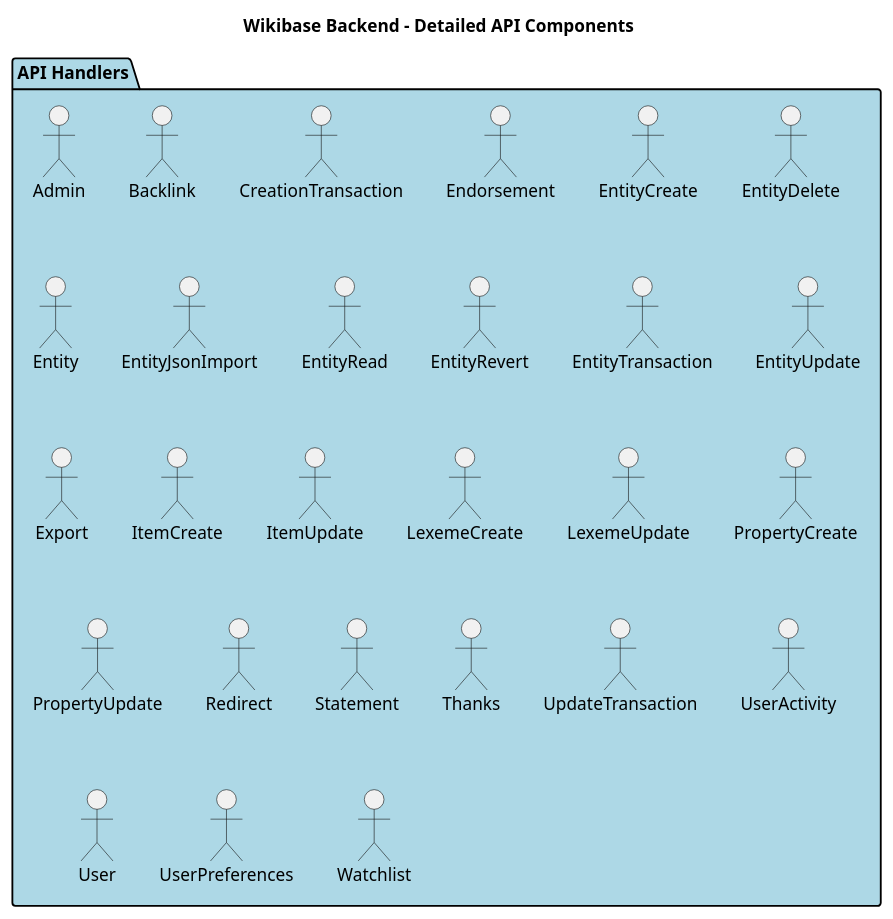
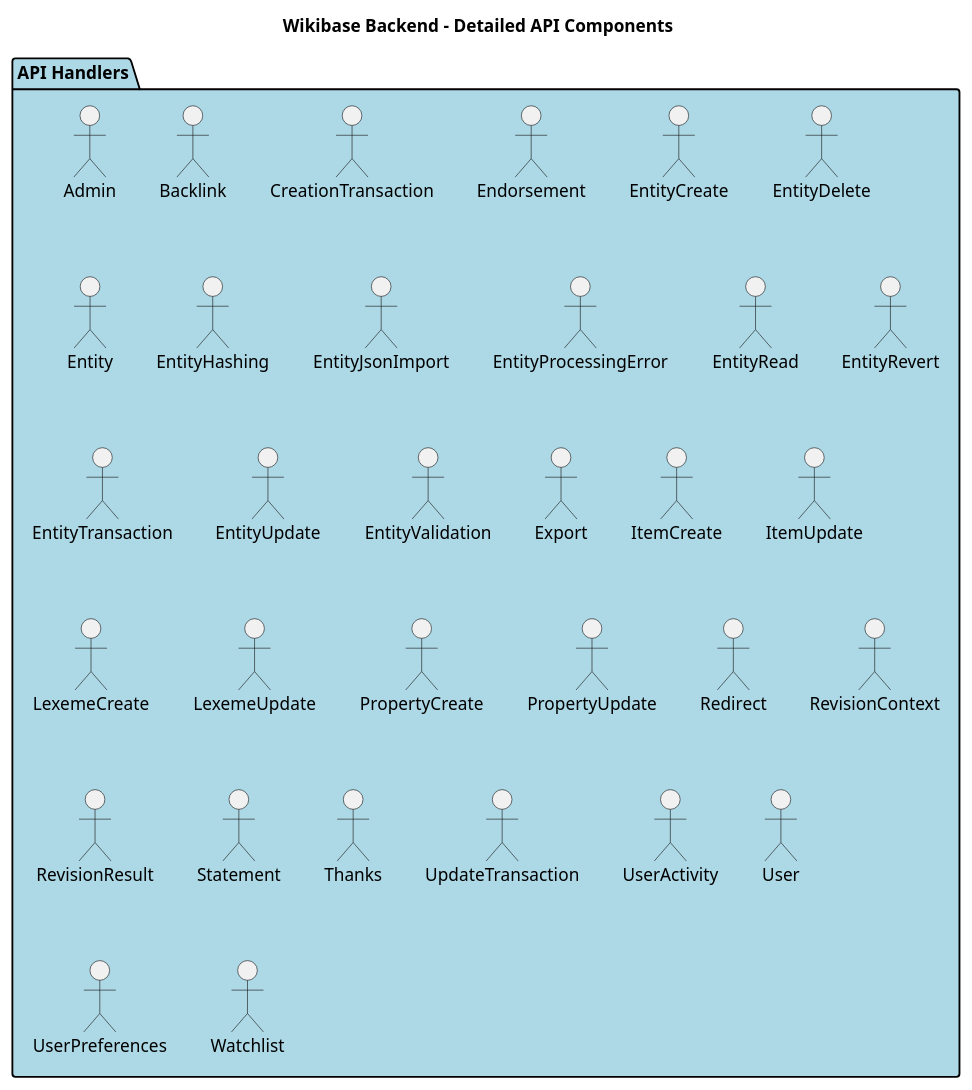
One commit to dpriskorn/entitybase-backend changed the diagram in doc/DIAGRAMS/detailed_api_components.puml. Above: the diagram before and after it, drawn with PlantUML. The commit also changed 15 other files, not shown here.

```diff
--- a/doc/DIAGRAMS/detailed_api_components.puml
+++ b/doc/DIAGRAMS/detailed_api_components.puml
@@ -1,37 +1,40 @@
 @startuml Detailed API Components
 
 title Wikibase Backend - Detailed API Components
 
 package "API Handlers" as APIHandlers #LightBlue {
     "Admin" as AdminHandler
     "Backlink" as BacklinkHandler
     "CreationTransaction" as CreationTransaction
     "Endorsement" as EndorsementHandler
     "EntityCreate" as EntityCreateHandler
-    "EntityCreate" as EntityCreateHandler
     "EntityDelete" as EntityDeleteHandler
     "Entity" as EntityHandler
+    "EntityHashing" as EntityHashingService
     "EntityJsonImport" as EntityJsonImportHandler
+    "EntityProcessingError" as EntityProcessingError
     "EntityRead" as EntityReadHandler
     "EntityRevert" as EntityRevertHandler
     "EntityTransaction" as EntityTransaction
     "EntityUpdate" as EntityUpdateHandler
-    "EntityUpdate" as EntityUpdateHandler
+    "EntityValidation" as EntityValidationService
     "Export" as ExportHandler
     "ItemCreate" as ItemCreateHandler
     "ItemUpdate" as ItemUpdateHandler
     "LexemeCreate" as LexemeCreateHandler
     "LexemeUpdate" as LexemeUpdateHandler
     "PropertyCreate" as PropertyCreateHandler
     "PropertyUpdate" as PropertyUpdateHandler
     "Redirect" as RedirectHandler
+    "RevisionContext" as RevisionContext
+    "RevisionResult" as RevisionResult
     "Statement" as StatementHandler
     "Thanks" as ThanksHandler
     "UpdateTransaction" as UpdateTransaction
     "UserActivity" as UserActivityHandler
     "User" as UserHandler
     "UserPreferences" as UserPreferencesHandler
     "Watchlist" as WatchlistHandler
 }
 
 @enduml
```
